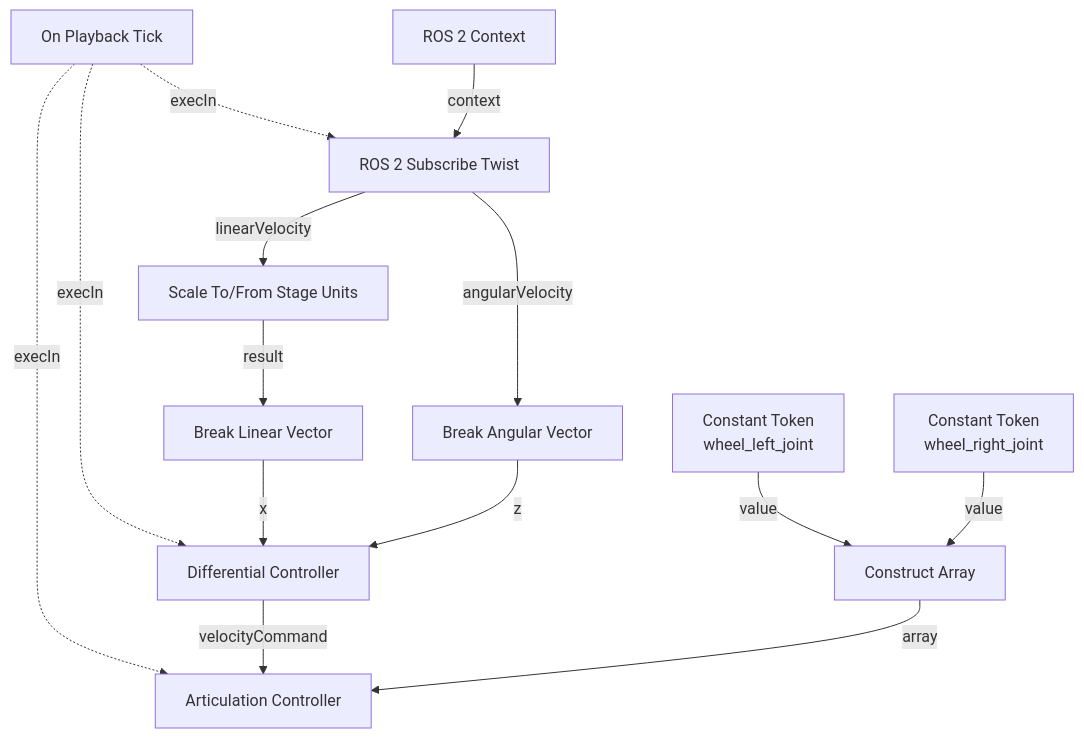
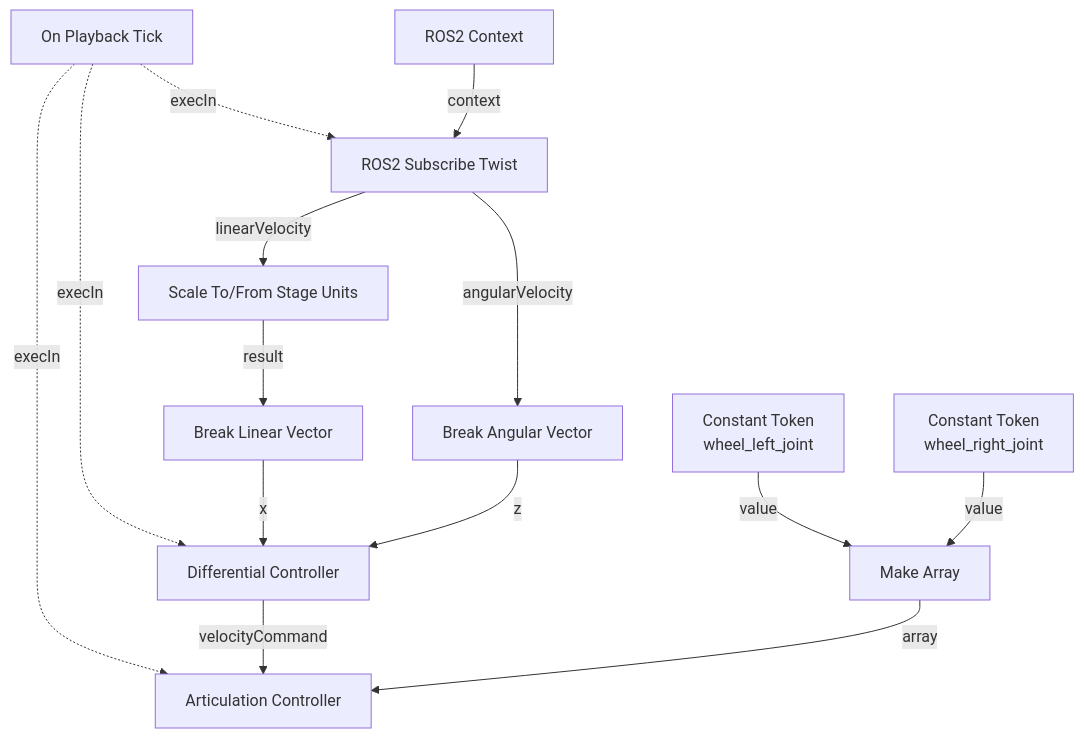
The sixth of 14 diagrams in _teaching/Robotics-Systems-I/labs/lab-03-isaac-sim/index.md (Tatwik19/Tatwik19.github.io), drawn with Mermaid before and after one commit. The commit also changed other lines of this file, not shown here.

````diff
--- a/_teaching/Robotics-Systems-I/labs/lab-03-isaac-sim/index.md
+++ b/_teaching/Robotics-Systems-I/labs/lab-03-isaac-sim/index.md
@@ -1411,21 +1428,21 @@
 ```mermaid
 flowchart TD
-    Tick["On Playback Tick"] -.->|"execIn"| Sub["ROS 2 Subscribe Twist"]
+    Tick["On Playback Tick"] -.->|"execIn"| Sub["ROS2 Subscribe Twist"]
     Tick -.->|"execIn"| Diff["Differential Controller"]
     Tick -.->|"execIn"| Art["Articulation Controller"]
 
-    Context["ROS 2 Context"] -->|"context"| Sub
+    Context["ROS2 Context"] -->|"context"| Sub
 
     Sub -->|"linearVelocity"| Scale["Scale To/From Stage Units"]
     Scale -->|"result"| BreakL["Break Linear Vector"]
     BreakL -->|"x"| Diff
 
     Sub -->|"angularVelocity"| BreakA["Break Angular Vector"]
     BreakA -->|"z"| Diff
 
     Diff -->|"velocityCommand"| Art
 
-    Left["Constant Token\nwheel_left_joint"] -->|"value"| Arr["Construct Array"]
+    Left["Constant Token\nwheel_left_joint"] -->|"value"| Arr["Make Array"]
     Right["Constant Token\nwheel_right_joint"] -->|"value"| Arr
     Arr -->|"array"| Art
 ```
````
